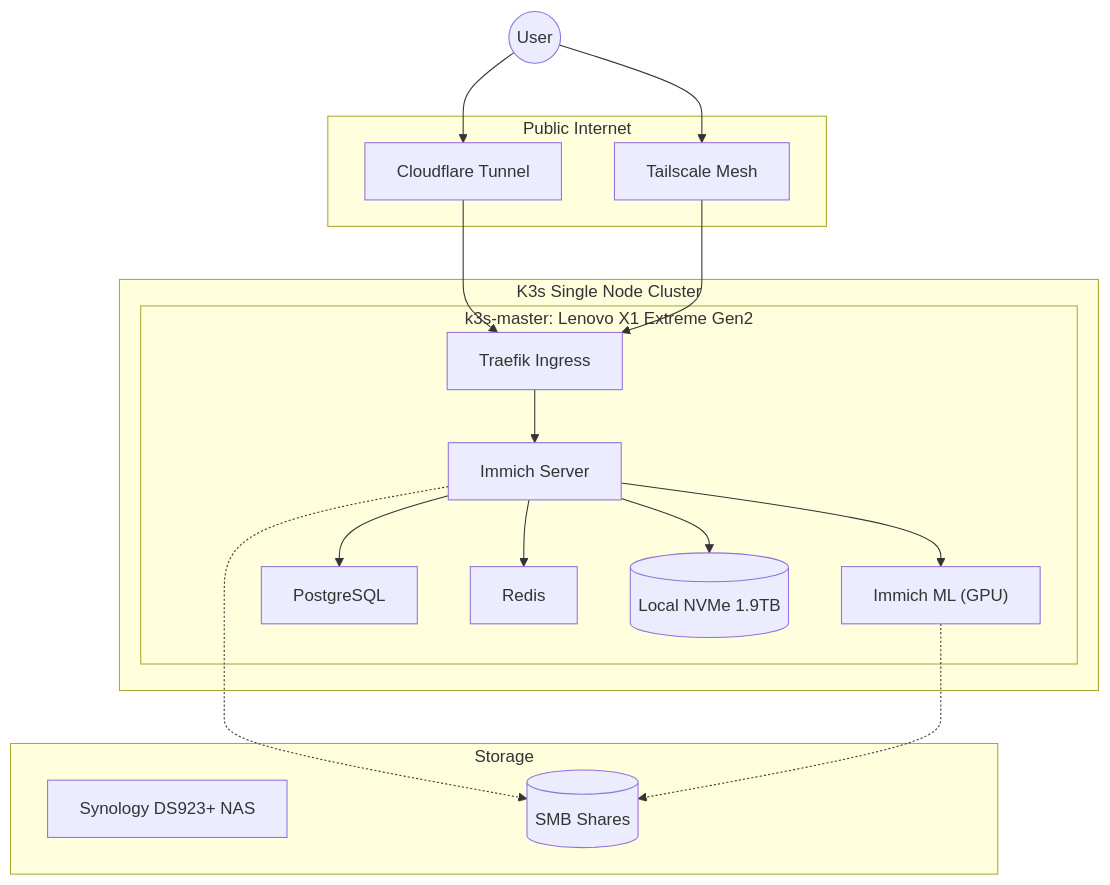
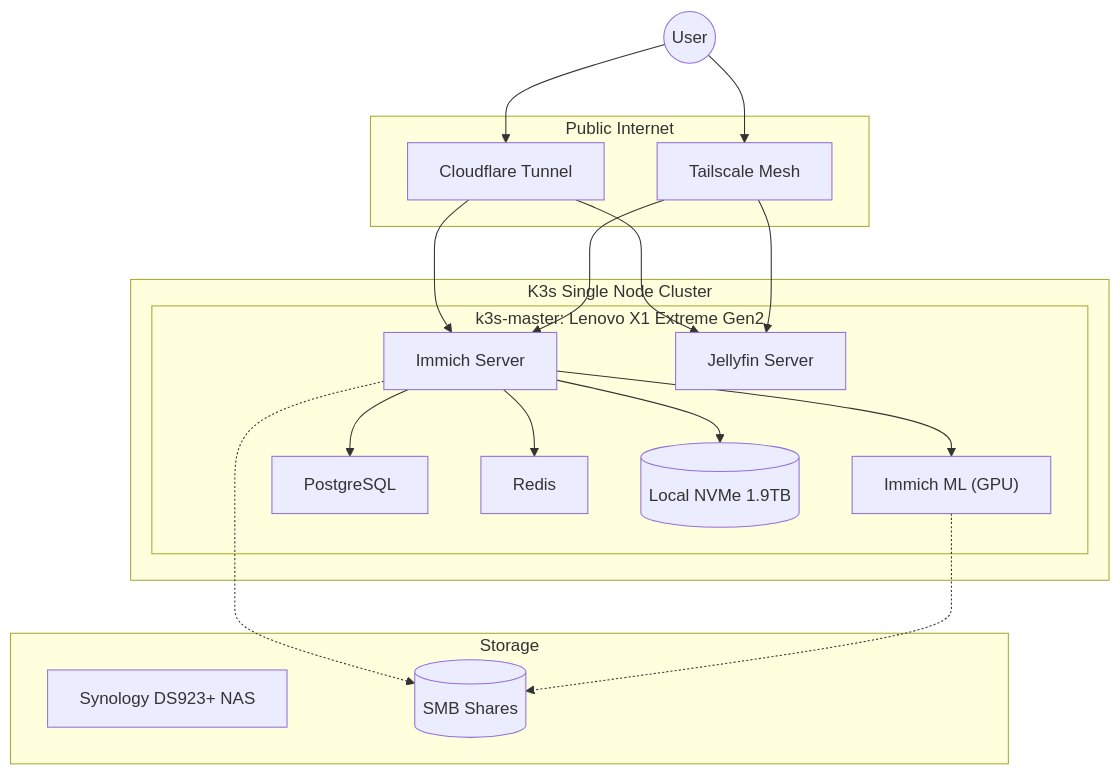
Before and after one commit to kanokgan/home-brain: the first of 3 diagrams in README.md, drawn with Mermaid. The commit also changed other lines of this file and 2 other files, not shown here.

Commit message:
feat: update README to reflect Jellyfin integration and remove Traefik ingress configuration

````diff
--- a/README.md
+++ b/README.md
@@ -20,29 +20,28 @@
 ```mermaid
 flowchart TB
  subgraph subGraph0["Public Internet"]
         CF["Cloudflare Tunnel"]
         TS["Tailscale Mesh"]
   end
  subgraph subGraph1["K3s Single Node Cluster"]
         subgraph subGraph2["k3s-master: Lenovo X1 Extreme Gen2"]
-            Ingress["Traefik Ingress"]
             Immich["Immich Server"]
+            Jellyfin["Jellyfin Server"]
             ImmichML["Immich ML (GPU)"]
             Postgres["PostgreSQL"]
             Redis["Redis"]
             LocalNVMe[("Local NVMe 1.9TB")]
         end
   end
  subgraph subGraph3["Storage"]
         NAS["Synology DS923+ NAS"]
         SMB[("SMB Shares")]
   end
     User(("User")) --> CF & TS
-    CF --> Ingress
-    TS --> Ingress
-    Ingress --> Immich
+    CF --> Immich & Jellyfin
+    TS --> Immich & Jellyfin
     Immich --> ImmichML & Postgres & Redis
     Immich --> LocalNVMe
     Immich -.-> SMB
     ImmichML -.-> SMB
 ```
````
